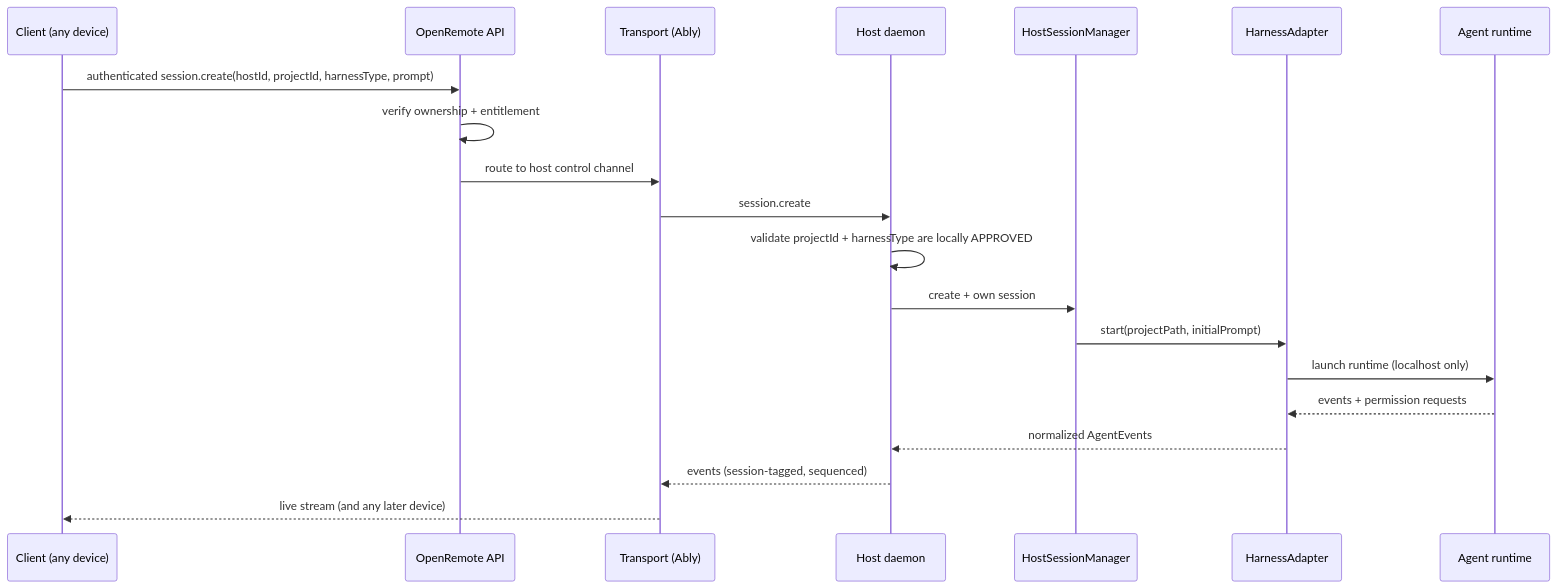
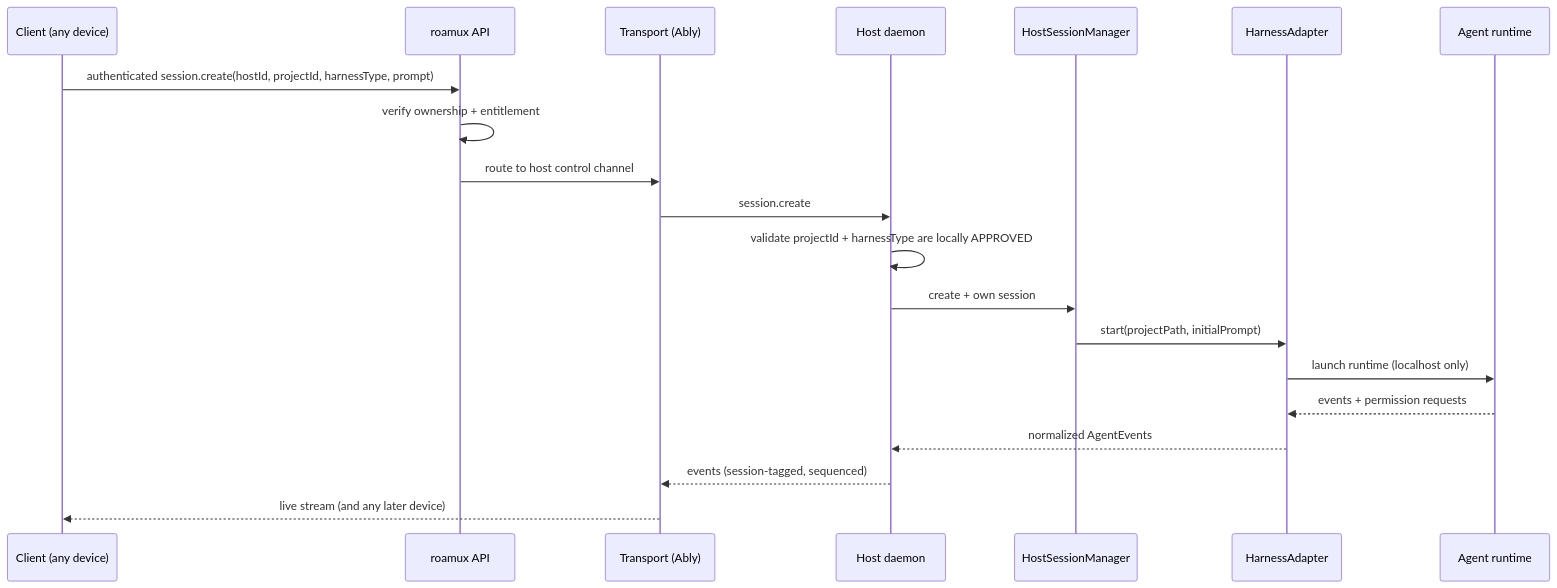
The fifth of 7 diagrams in docs/beta-architecture.md (phyra-research/roamux), drawn with Mermaid before and after one commit. The commit also changed other lines of this file and 7 other files, not shown here.

````diff
--- a/docs/beta-architecture.md
+++ b/docs/beta-architecture.md
@@ -259,23 +259,23 @@
 ```mermaid
 sequenceDiagram
   participant C as Client (any device)
-  participant API as OpenRemote API
+  participant API as roamux API
   participant TR as Transport (Ably)
   participant D as Host daemon
   participant HSM as HostSessionManager
   participant HA as HarnessAdapter
   participant RT as Agent runtime
 
   C->>API: authenticated session.create(hostId, projectId, harnessType, prompt)
   API->>API: verify ownership + entitlement
   API->>TR: route to host control channel
   TR->>D: session.create
   D->>D: validate projectId + harnessType are locally APPROVED
   D->>HSM: create + own session
   HSM->>HA: start(projectPath, initialPrompt)
   HA->>RT: launch runtime (localhost only)
   RT-->>HA: events + permission requests
   HA-->>D: normalized AgentEvents
   D-->>TR: events (session-tagged, sequenced)
   TR-->>C: live stream (and any later device)
 ```
````
